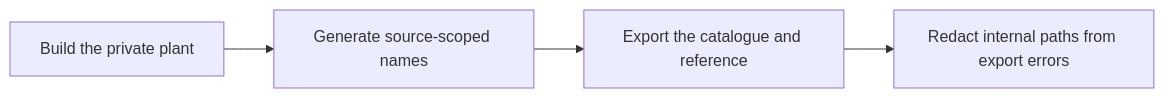
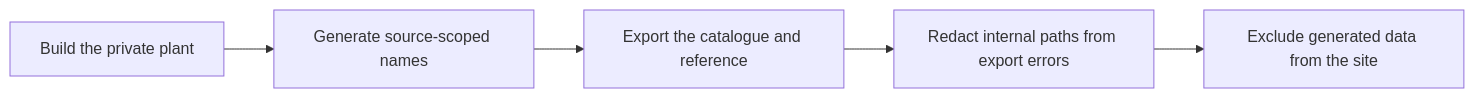
Before and after one commit to IAugustoMZ/orion_chemicals_data_platform: the diagram in specs/004-plant-tag-catalogue/backlog.md, drawn with Mermaid. The commit also changed other lines of this file and 4 other files, not shown here.

````diff
--- a/specs/004-plant-tag-catalogue/backlog.md
+++ b/specs/004-plant-tag-catalogue/backlog.md
@@ -217,6 +249,7 @@
 ```mermaid
 flowchart LR
     Plant["Build the private plant"] --> Naming["Generate source-scoped names"]
     Naming --> Export["Export the catalogue and reference"]
     Export --> Diagnostics["Redact internal paths from export errors"]
+    Diagnostics --> DocsBoundary["Exclude generated data from the site"]
 ```
````
